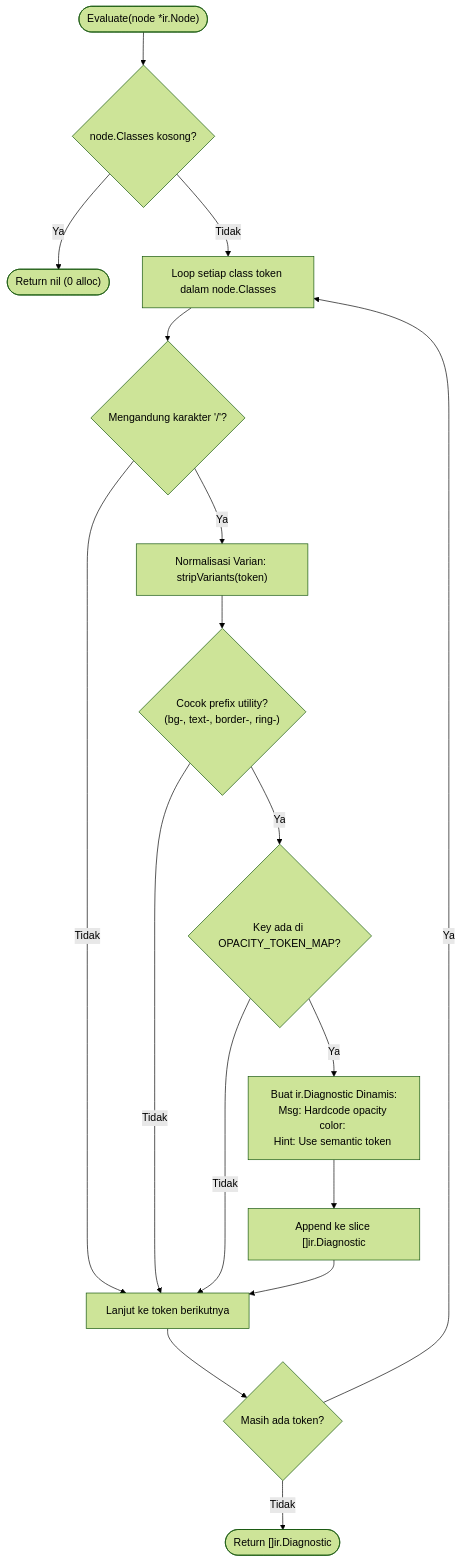
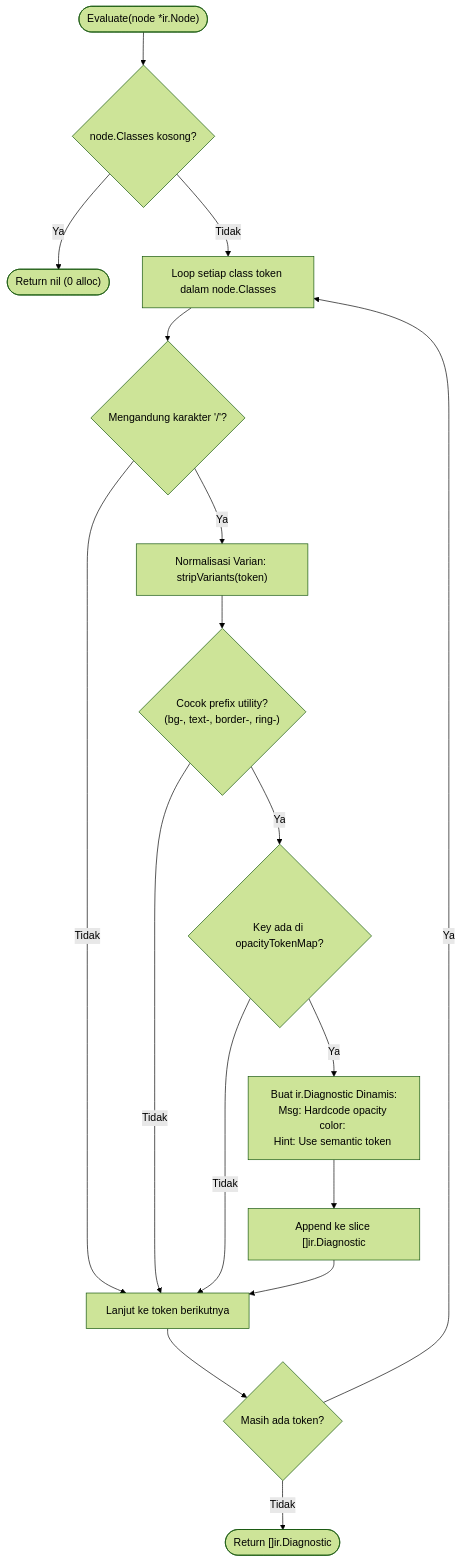
One commit to will2469/charites changed the second of 2 diagrams in docs/02-architecture/03-rules.md. Above: the diagram before and after it, drawn with Mermaid (forest theme). The commit also changed other lines of this file and 4 other files, not shown here.

Commit message:
refactor(rules): encapsulate opacity mapping as unexported immutable map with read-only accessor in theme rules

````diff
--- a/docs/02-architecture/03-rules.md
+++ b/docs/02-architecture/03-rules.md
@@ -182,23 +182,23 @@
 ```mermaid
 flowchart TD
     Start(["Evaluate(node *ir.Node)"]) --> CheckEmpty{"node.Classes kosong?"}
     CheckEmpty -- Ya --> ReturnEmpty(["Return nil (0 alloc)"])
     CheckEmpty -- Tidak --> LoopClasses["Loop setiap class token dalam node.Classes"]
 
     LoopClasses --> CheckSlash{"Mengandung karakter '/'?"}
     CheckSlash -- Tidak --> NextClass["Lanjut ke token berikutnya"]
     CheckSlash -- Ya --> StripVar["Normalisasi Varian: stripVariants(token)"]
     StripVar --> MatchPrefix{"Cocok prefix utility?\n(bg-, text-, border-, ring-)"}
 
     MatchPrefix -- Tidak --> NextClass
-    MatchPrefix -- Ya --> MapLookup{"Key ada di OPACITY_TOKEN_MAP?"}
+    MatchPrefix -- Ya --> MapLookup{"Key ada di opacityTokenMap?"}
 
     MapLookup -- Tidak --> NextClass
     MapLookup -- Ya --> EmitDiag["Buat ir.Diagnostic Dinamis:\nMsg: Hardcode opacity color: <original_class>\nHint: Use semantic token <replacement>"]
     EmitDiag --> Collect["Append ke slice []ir.Diagnostic"]
     Collect --> NextClass
 
     NextClass --> MoreClasses{"Masih ada token?"}
     MoreClasses -- Ya --> LoopClasses
     MoreClasses -- Tidak --> ReturnDiags(["Return []ir.Diagnostic"])
 ```
````
